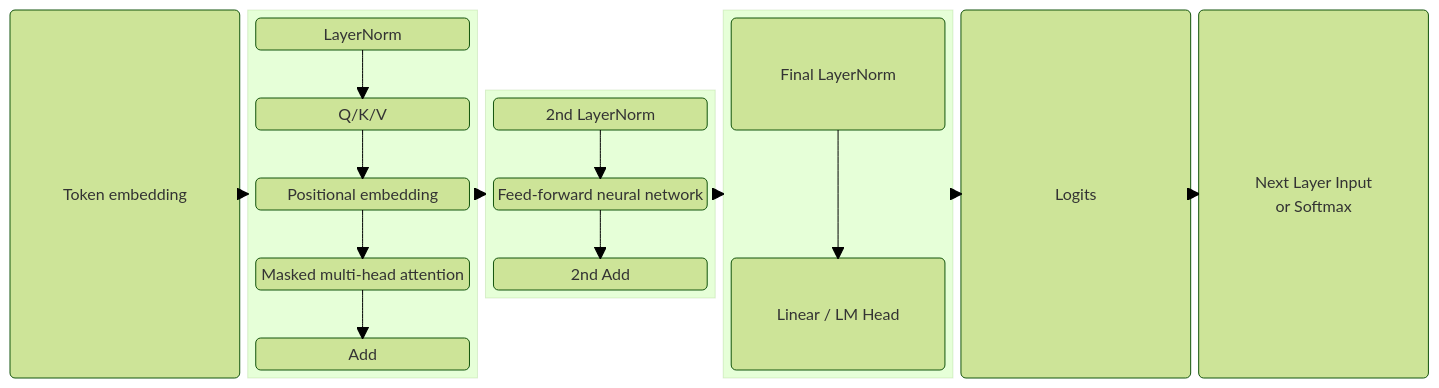
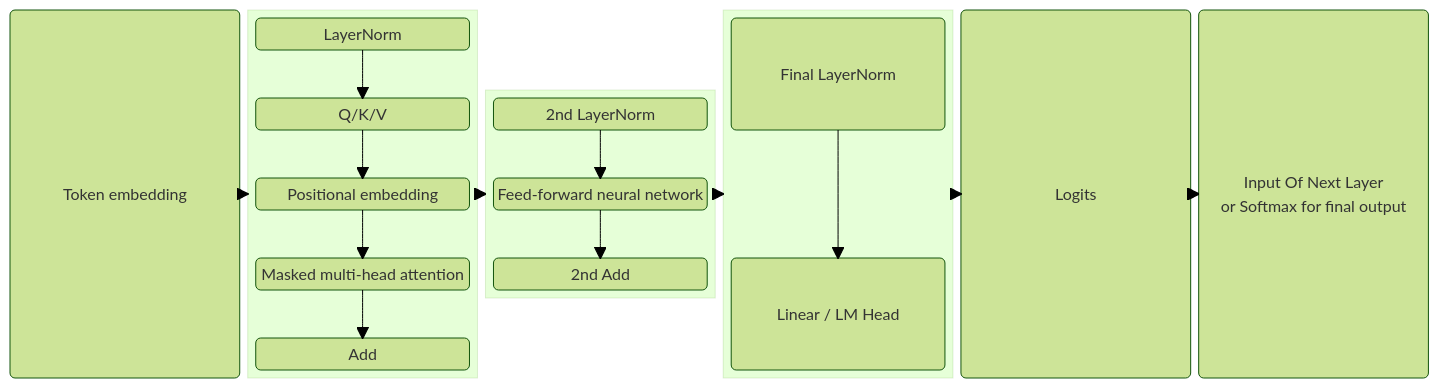
Before and after one commit to ChrisZhu2050/chriszhu2050.github.io: diagram 19 of 22 in index.md, drawn with Mermaid (forest theme). The commit also changed other lines of this file, not shown here.

````diff
--- a/index.md
+++ b/index.md
@@ -532,48 +532,48 @@
       ```mermaid
           block
           columns 6
 
             a("Token embedding")
             
 
           block:group2:1
             columns 1
             c1("LayerNorm") space
             b1("Q/K/V") space
             b("Positional embedding") space
             c2("Masked multi-head attention") space
             c3("Add")
           end
           block:group3:1
             columns 1
             d("2nd LayerNorm") space
             e("Feed-forward neural network") space
             h("2nd Add")
           end
           block:group4:1
             columns 1
             f("Final LayerNorm") space
             g("Linear / LM Head")
 
           end
           
             z("Logits")
-            y("Next Layer Input
-            or Softmax")
+            y("Input Of Next Layer
+            or Softmax for final output")
           
 
           c1 --> b1
           b1 --> b
           b --> c2
           c2 --> c3
           d --> e
           e --> h
           f --> g
 
           a --> group2
           group2 --> group3
           group3 --> group4
           group4 --> z
           z --> y
 
       ```  
````
